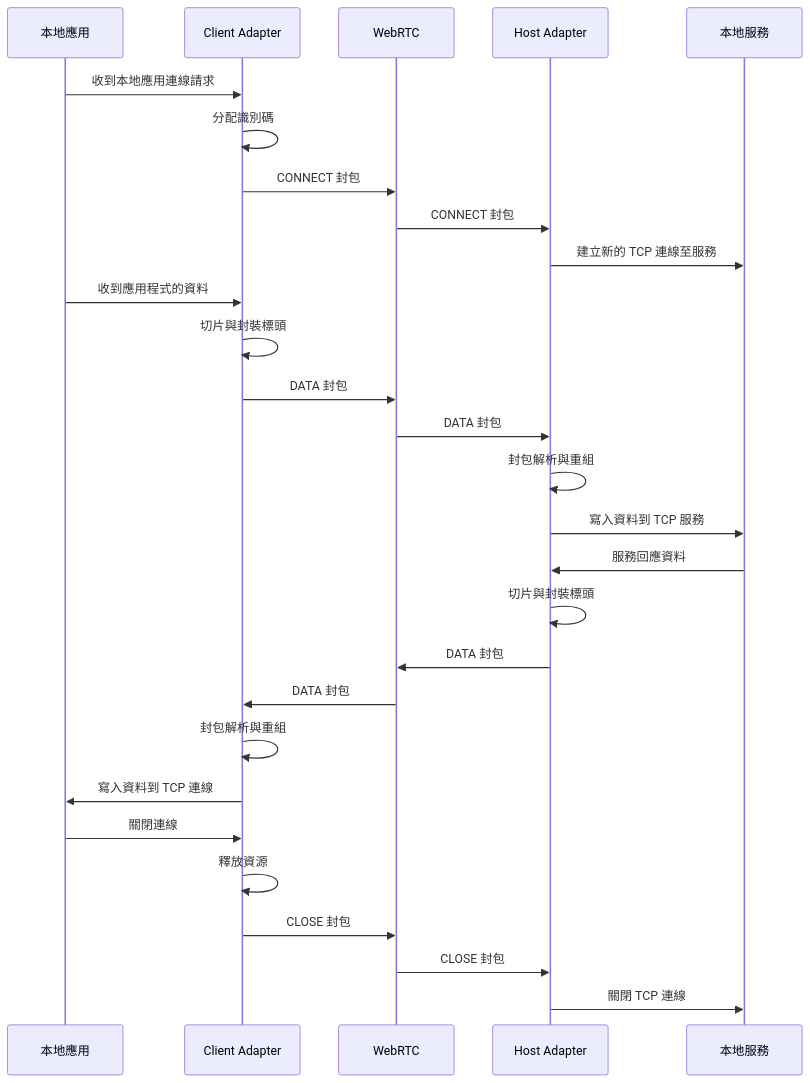
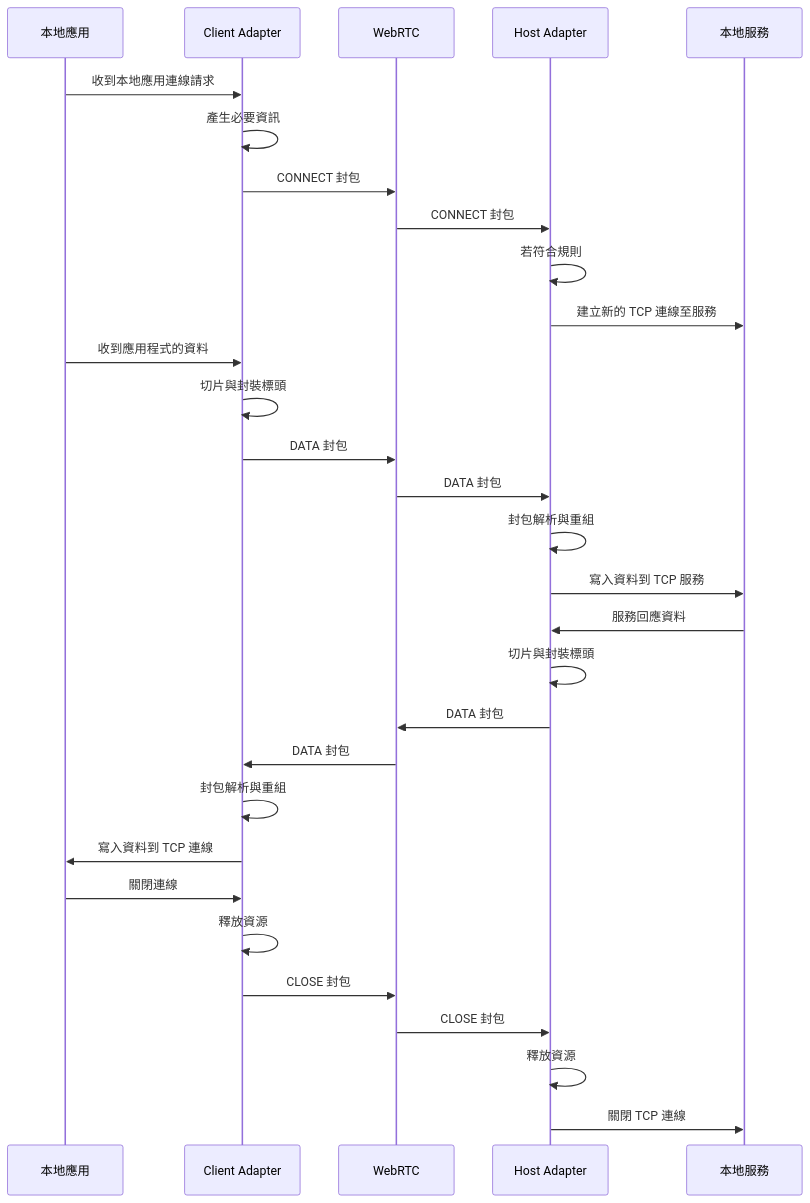
The diagram in README.md (1ureka/1ureka.net.p2p), drawn with Mermaid before and after one commit. The commit also changed other lines of this file, not shown here.

````diff
--- a/README.md
+++ b/README.md
@@ -132,34 +132,36 @@
 ```mermaid
 sequenceDiagram
     participant AP as 本地應用
     participant CB as Client Adapter
     participant DC as WebRTC
     participant HB as Host Adapter
     participant SR as 本地服務
 
     AP->>CB: 收到本地應用連線請求
-    CB->>CB: 分配識別碼
+    CB->>CB: 產生必要資訊
     CB->>DC: CONNECT 封包
     DC->>HB: CONNECT 封包
+    HB->>HB: 若符合規則
     HB->>SR: 建立新的 TCP 連線至服務
 
     AP->>CB: 收到應用程式的資料
     CB->>CB: 切片與封裝標頭
     CB->>DC: DATA 封包
     DC->>HB: DATA 封包
     HB->>HB: 封包解析與重組
     HB->>SR: 寫入資料到 TCP 服務
 
     SR->>HB: 服務回應資料
     HB->>HB: 切片與封裝標頭
     HB->>DC: DATA 封包
     DC->>CB: DATA 封包
     CB->>CB: 封包解析與重組
     CB->>AP: 寫入資料到 TCP 連線
 
     AP->>CB: 關閉連線
     CB->>CB: 釋放資源
     CB->>DC: CLOSE 封包
     DC->>HB: CLOSE 封包
+    HB->>HB: 釋放資源
     HB->>SR: 關閉 TCP 連線
 ```
````
